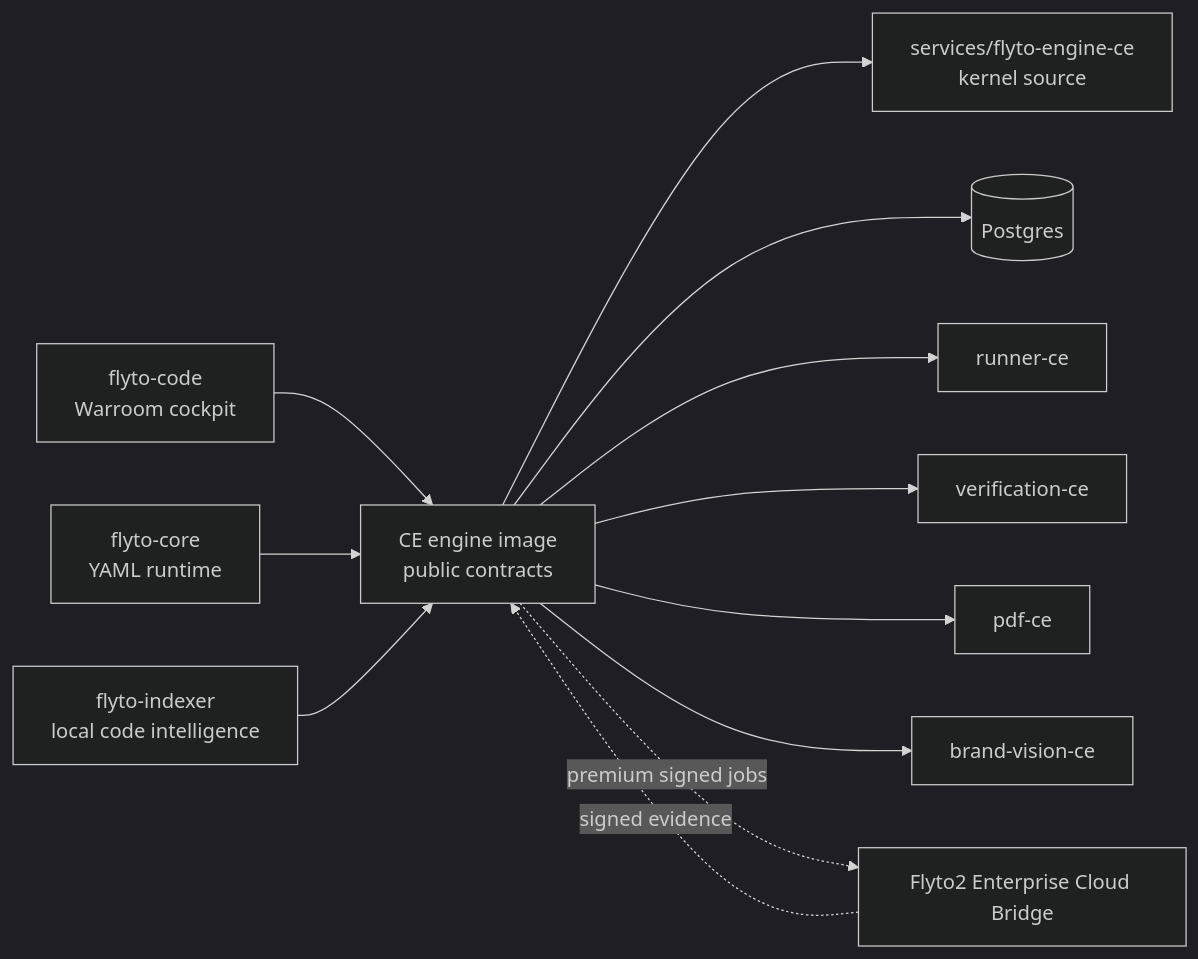
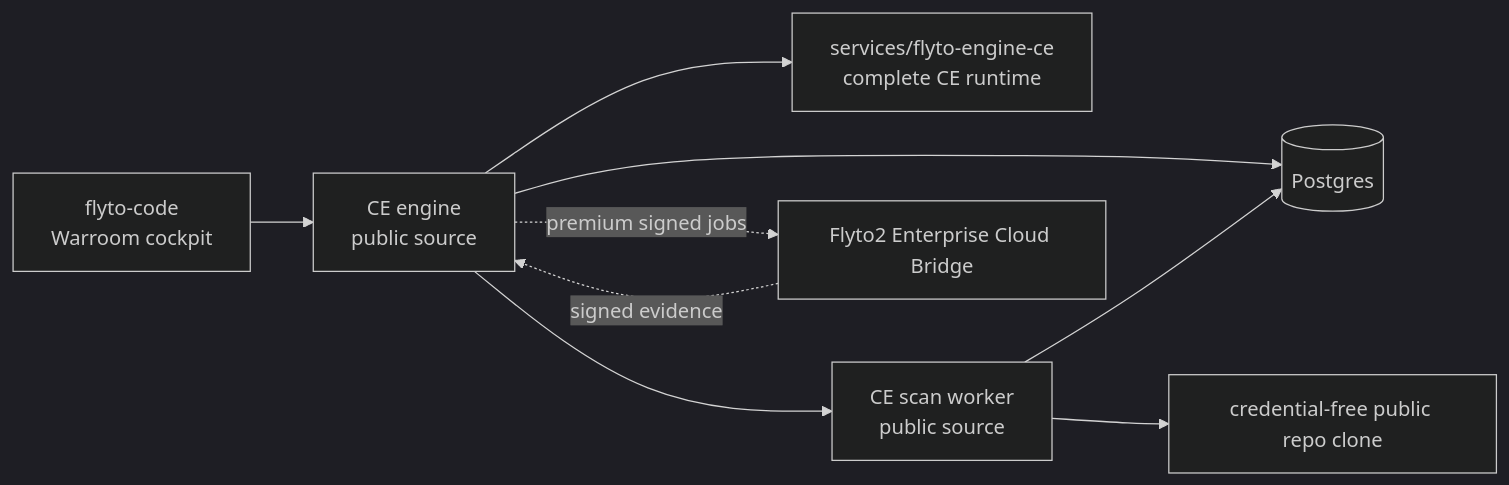
Before and after one commit to flytohub/flyto-warroom: the diagram in README.md, drawn with Mermaid (dark theme). The commit also changed other lines of this file and 114 other files, not shown here.

Commit message:
feat: publish complete source-built CE runtime

````diff
--- a/README.md
+++ b/README.md
@@ -150,14 +152,11 @@
 ```mermaid
 flowchart LR
-  UI["flyto-code<br/>Warroom cockpit"] --> API["CE engine image<br/>public contracts"]
-  API --> KERNEL["services/flyto-engine-ce<br/>kernel source"]
+  UI["flyto-code<br/>Warroom cockpit"] --> API["CE engine<br/>public source"]
+  API --> KERNEL["services/flyto-engine-ce<br/>complete CE runtime"]
   API --> DB[("Postgres")]
-  API --> Runner["runner-ce"]
-  API --> Verify["verification-ce"]
-  API --> PDF["pdf-ce"]
-  API --> Vision["brand-vision-ce"]
-  Core["flyto-core<br/>YAML runtime"] --> API
-  Indexer["flyto-indexer<br/>local code intelligence"] --> API
+  API --> Worker["CE scan worker<br/>public source"]
+  Worker --> Repo["credential-free public repo clone"]
+  Worker --> DB
   API -. premium signed jobs .-> Cloud["Flyto2 Enterprise Cloud Bridge"]
   Cloud -. signed evidence .-> API
 ```
````
